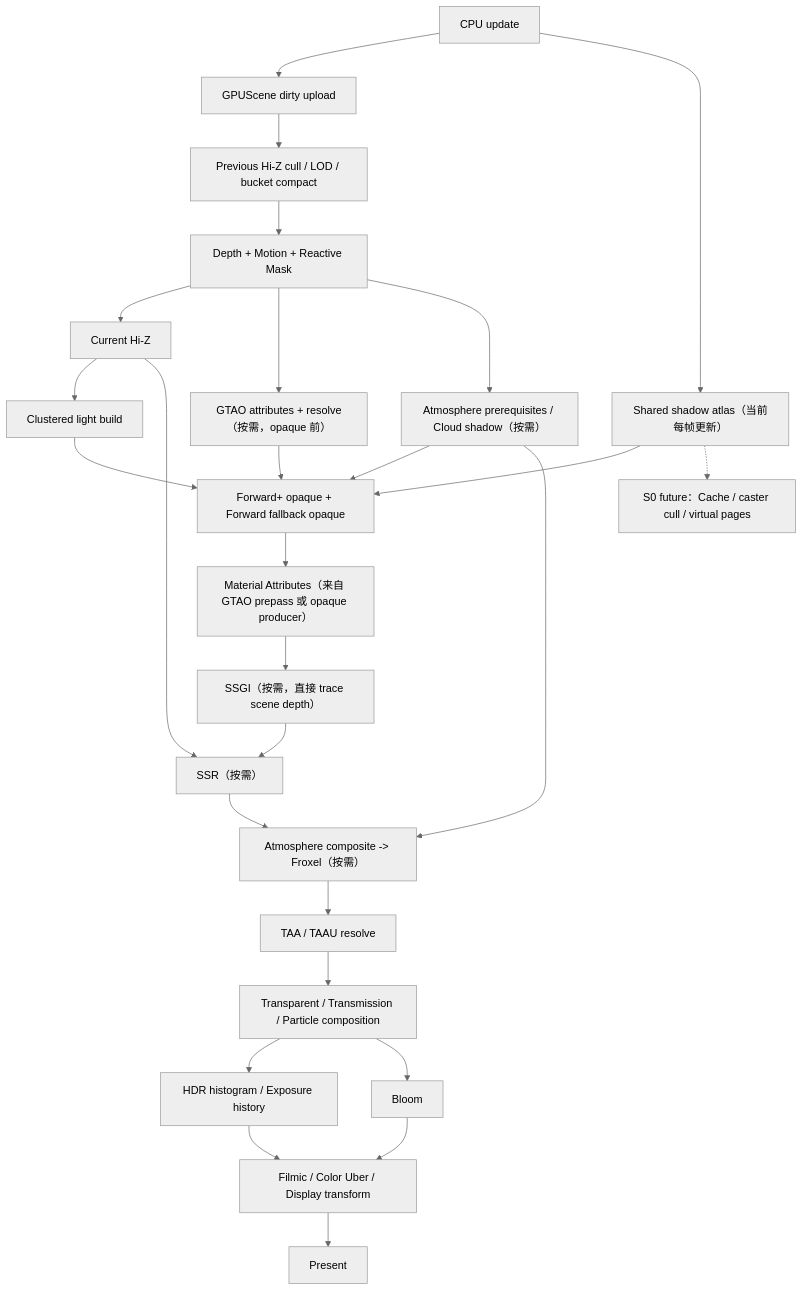
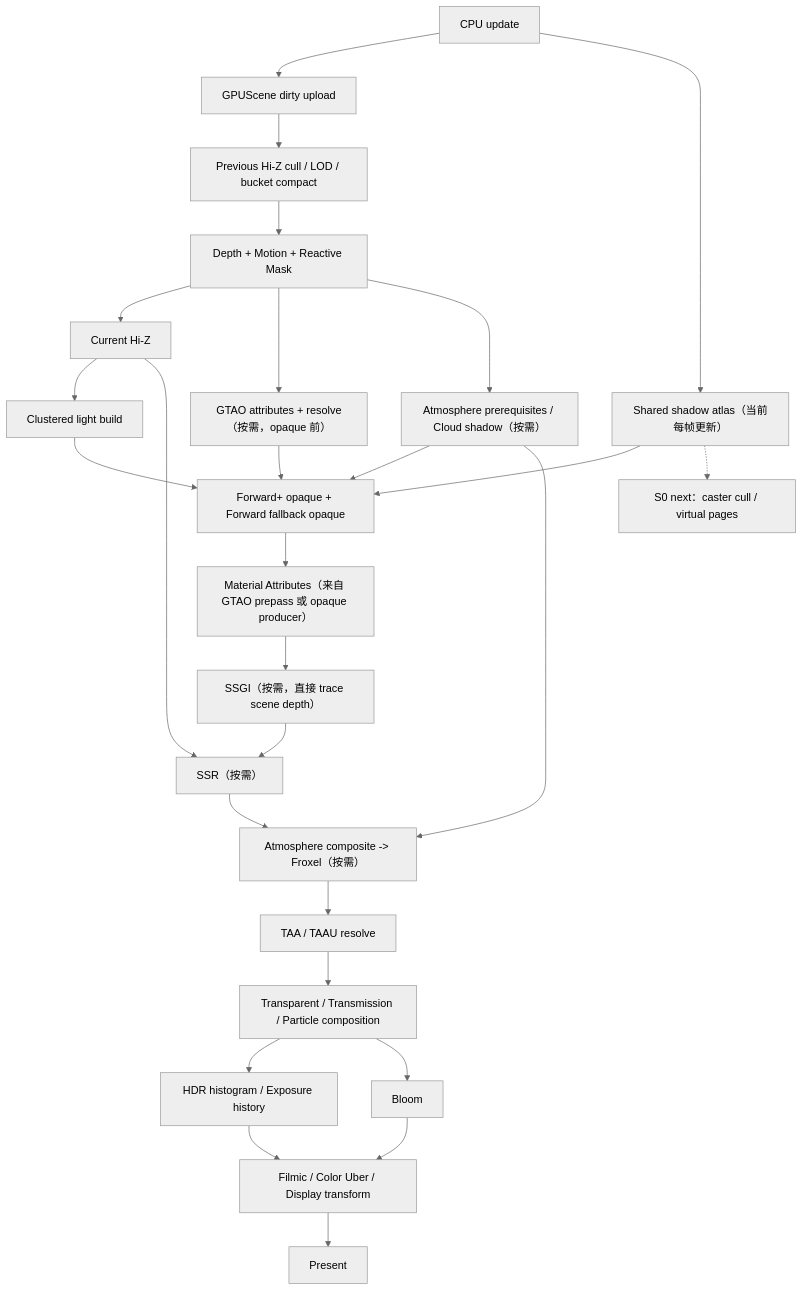
Before and after one commit to hiloteam/Hilo3d: the second of 3 diagrams in documentation/MODERN_WEBGPU_RENDERING_ROADMAP.md, drawn with Mermaid (neutral theme). The commit also changed other lines of this file and 14 other files, not shown here.

````diff
--- a/documentation/MODERN_WEBGPU_RENDERING_ROADMAP.md
+++ b/documentation/MODERN_WEBGPU_RENDERING_ROADMAP.md
@@ -739,29 +750,29 @@
 ```mermaid
 flowchart TD
   A["CPU update"] --> B["GPUScene dirty upload"]
   B --> C["Previous Hi-Z cull / LOD / bucket compact"]
   C --> D["Depth + Motion + Reactive Mask"]
   D --> E["Current Hi-Z"]
   E --> F["Clustered light build"]
   A --> G["Shared shadow atlas（当前每帧更新）"]
   D --> J["GTAO attributes + resolve（按需，opaque 前）"]
   D --> AP["Atmosphere prerequisites / Cloud shadow（按需）"]
   F --> H["Forward+ opaque + Forward fallback opaque"]
   G --> H
   J --> H
   AP --> H
   H --> P["Material Attributes（来自 GTAO prepass 或 opaque producer）"]
   P --> SI["SSGI（按需，直接 trace scene depth）"]
   SI --> SR["SSR（按需）"]
   E --> SR
   SR --> Q["Atmosphere composite -> Froxel（按需）"]
   AP --> Q
   Q --> K["TAA / TAAU resolve"]
   K --> I["Transparent / Transmission / Particle composition"]
   I --> X["HDR histogram / Exposure history"]
   I --> Y["Bloom"]
   X --> L["Filmic / Color Uber / Display transform"]
   Y --> L
   L --> M["Present"]
-  G -.-> S["S0 future：Cache / caster cull / virtual pages"]
+  G -.-> S["S0 next：caster cull / virtual pages"]
 ```
````
